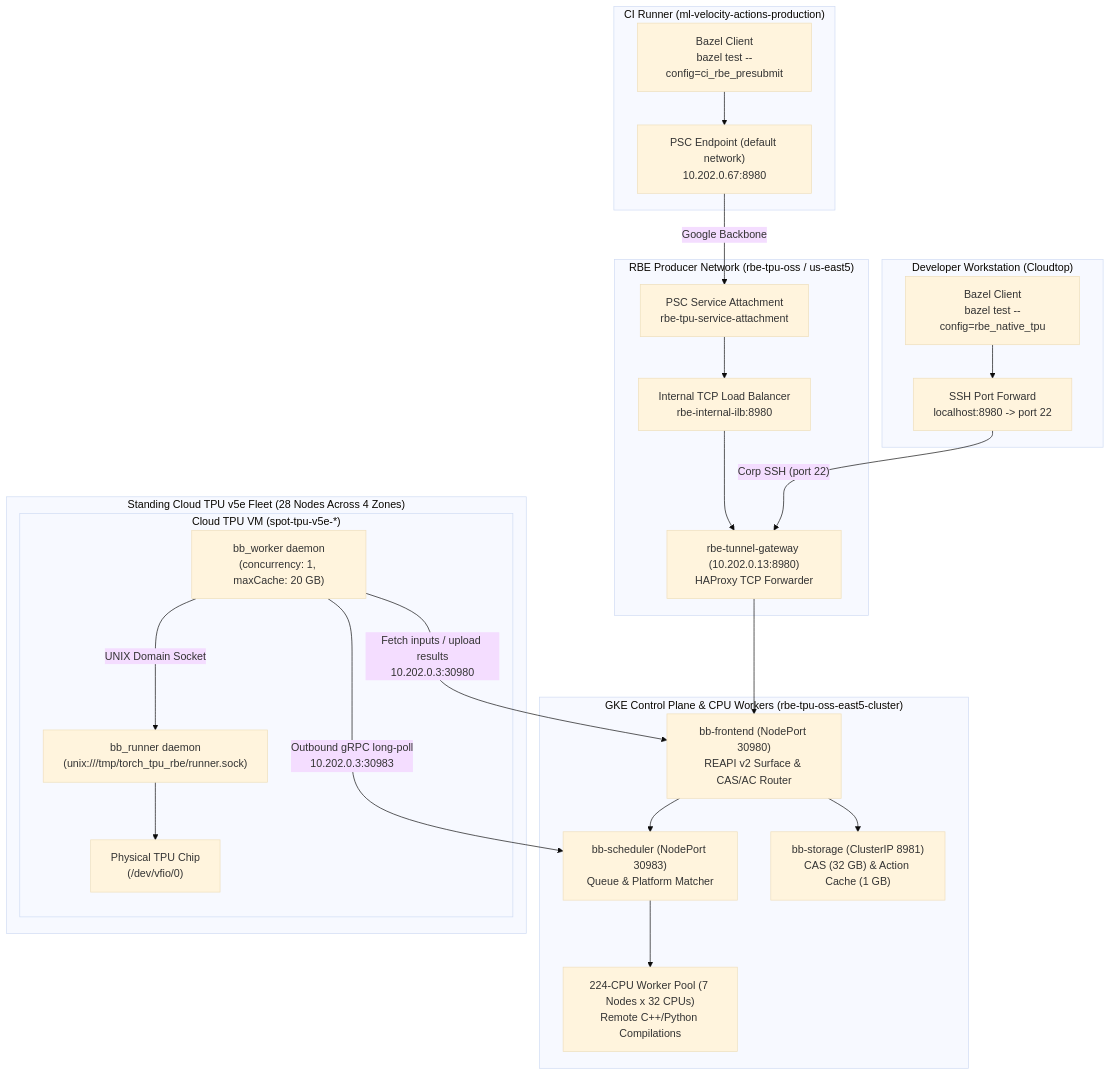
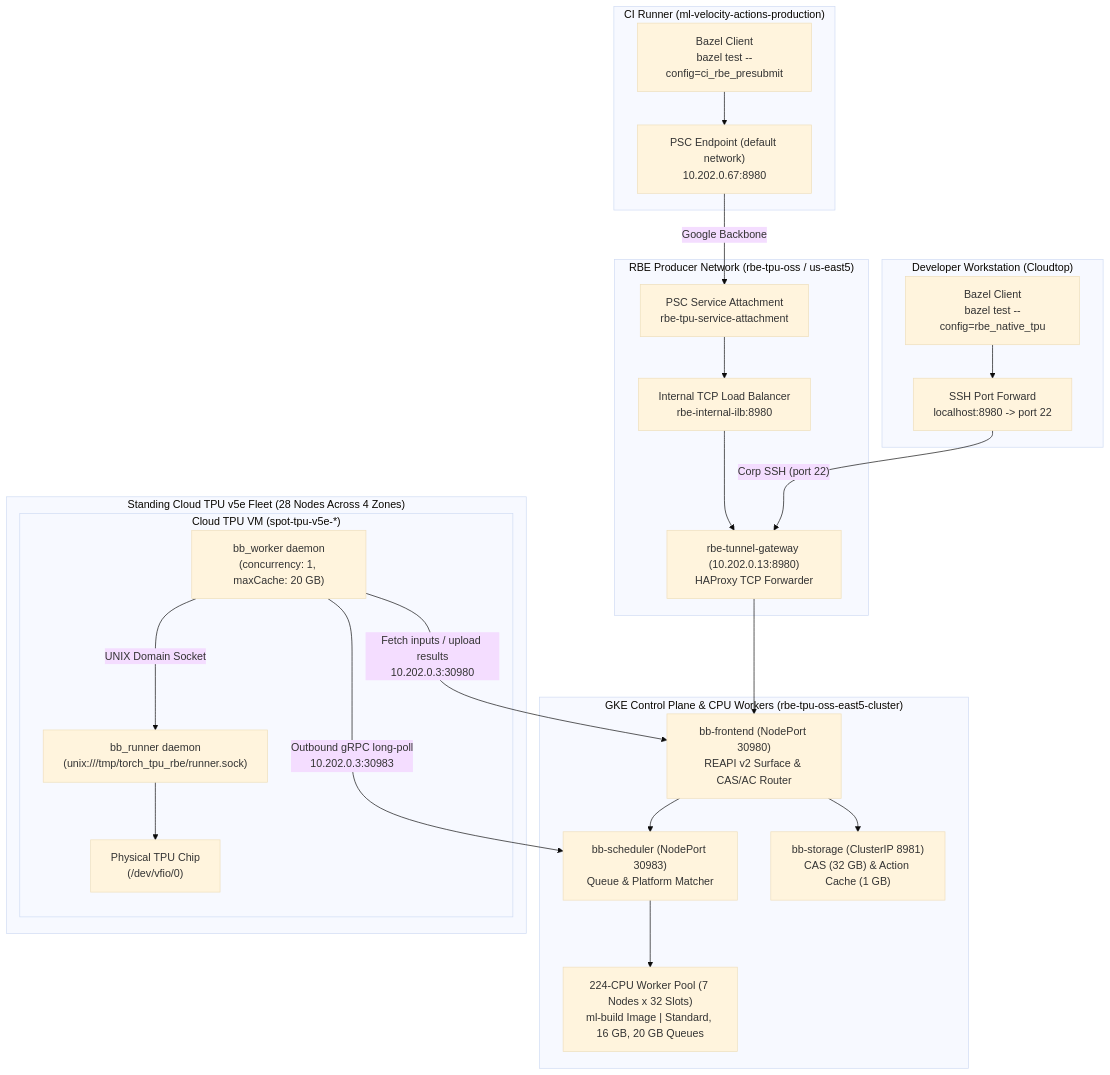
One commit to google-pytorch/torch_tpu changed the diagram in docs/developers/native_rbe_architecture.md. Above: the diagram before and after it, drawn with Mermaid (base theme). The commit also changed other lines of this file and 1 other file, not shown here.

Commit message:
Update native RBE architecture doc and exclude external-network tests

````diff
--- a/docs/developers/native_rbe_architecture.md
+++ b/docs/developers/native_rbe_architecture.md
@@ -32,50 +32,50 @@
 ```mermaid
 flowchart TD
     subgraph CIRunner ["CI Runner (ml-velocity-actions-production)"]
         BazelCI["Bazel Client<br/>bazel test --config=ci_rbe_presubmit"]
         PSCEndpoint["PSC Endpoint (default network)<br/>10.202.0.67:8980"]
         BazelCI --> PSCEndpoint
     end
 
     subgraph DevClient ["Developer Workstation (Cloudtop)"]
         BazelDev["Bazel Client<br/>bazel test --config=rbe_native_tpu"]
         SSHTunnel["SSH Port Forward<br/>localhost:8980 -> port 22"]
         BazelDev --> SSHTunnel
     end
 
     subgraph ProducerVPC ["RBE Producer Network (rbe-tpu-oss / us-east5)"]
         PSCSA["PSC Service Attachment<br/>rbe-tpu-service-attachment"]
         ILB["Internal TCP Load Balancer<br/>rbe-internal-ilb:8980"]
         GW["rbe-tunnel-gateway (10.202.0.13:8980)<br/>HAProxy TCP Forwarder"]
 
         PSCEndpoint -->|"Google Backbone"| PSCSA
         PSCSA --> ILB
         ILB --> GW
         SSHTunnel -->|"Corp SSH (port 22)"| GW
     end
 
     subgraph ControlPlane ["GKE Control Plane & CPU Workers (rbe-tpu-oss-east5-cluster)"]
         FE["bb-frontend (NodePort 30980)<br/>REAPI v2 Surface & CAS/AC Router"]
         SCHED["bb-scheduler (NodePort 30983)<br/>Queue & Platform Matcher"]
         STOR["bb-storage (ClusterIP 8981)<br/>CAS (32 GB) & Action Cache (1 GB)"]
-        CPUWorkers["224-CPU Worker Pool (7 Nodes x 32 CPUs)<br/>Remote C++/Python Compilations"]
+        CPUWorkers["224-CPU Worker Pool (7 Nodes x 32 Slots)<br/>ml-build Image | Standard, 16 GB, 20 GB Queues"]
 
         GW --> FE
         FE --> SCHED
         FE --> STOR
         SCHED --> CPUWorkers
     end
 
     subgraph Fleet ["Standing Cloud TPU v5e Fleet (28 Nodes Across 4 Zones)"]
         subgraph Node ["Cloud TPU VM (spot-tpu-v5e-*)"]
             Worker["bb_worker daemon<br/>(concurrency: 1, maxCache: 20 GB)"]
             Runner["bb_runner daemon<br/>(unix:///tmp/torch_tpu_rbe/runner.sock)"]
             Hardware["Physical TPU Chip<br/>(/dev/vfio/0)"]
 
             Worker -->|"Outbound gRPC long-poll<br/>10.202.0.3:30983"| SCHED
             Worker -->|"Fetch inputs / upload results<br/>10.202.0.3:30980"| FE
             Worker -->|"UNIX Domain Socket"| Runner
             Runner --> Hardware
         end
     end
 ```
````
